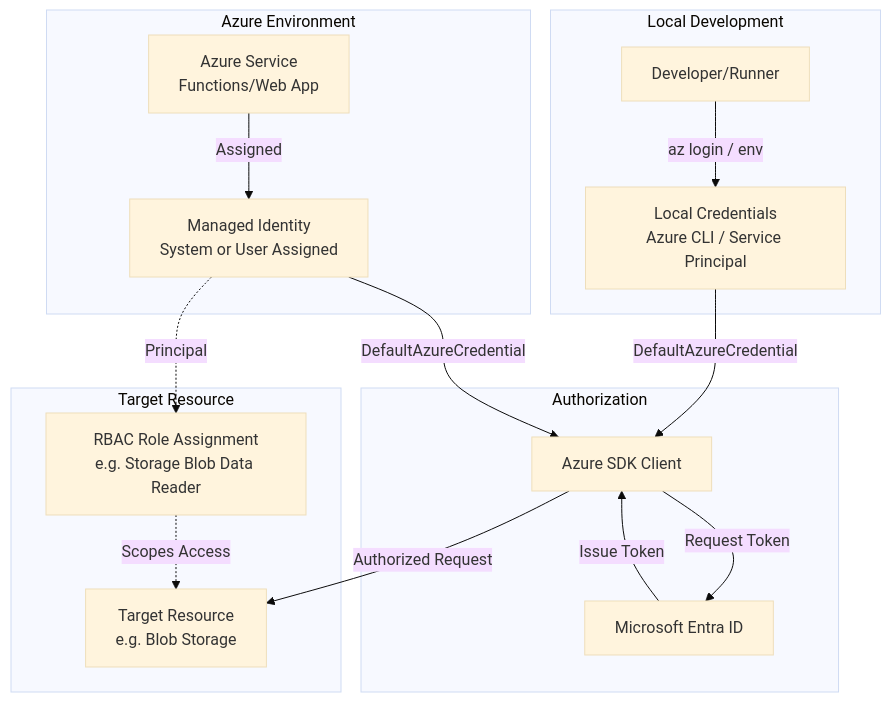
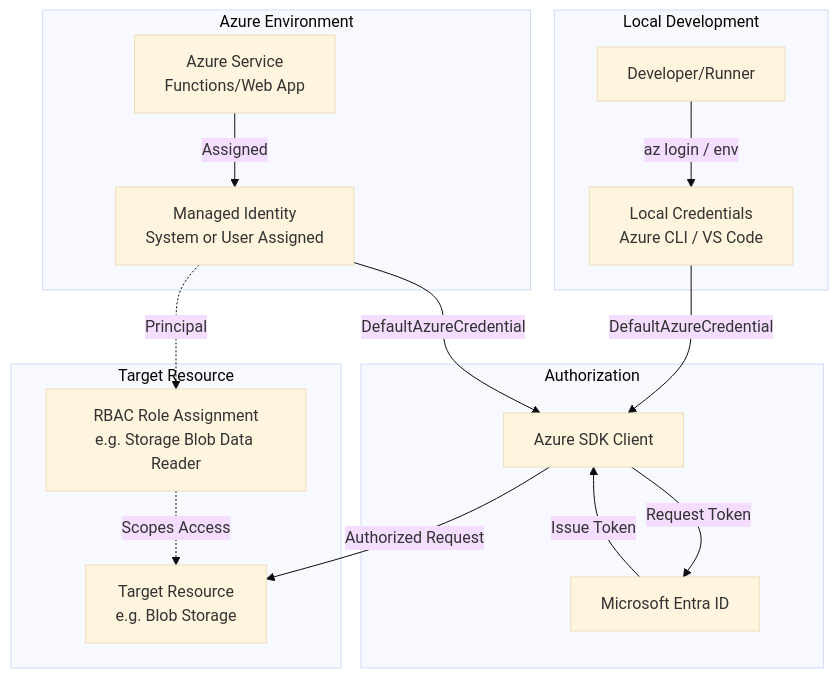
Before and after one commit to wildersa/azure_ref_kit: the diagram in building-blocks/security/managed-identity-rbac/README.md, drawn with Mermaid (base theme). The commit also changed other lines of this file and 6 other files, not shown here.

````diff
--- a/building-blocks/security/managed-identity-rbac/README.md
+++ b/building-blocks/security/managed-identity-rbac/README.md
@@ -117,23 +159,23 @@
 ```mermaid
 flowchart TD
     subgraph "Local Development"
-        Dev[Developer/Runner] -->|az login / env| LocalCreds[Local Credentials\nAzure CLI / Service Principal]
+        Dev[Developer/Runner] -->|az login / env| LocalCreds[Local Credentials\nAzure CLI / VS Code]
     end
 
     subgraph "Azure Environment"
         Service[Azure Service\nFunctions/Web App] -->|Assigned| MI[Managed Identity\nSystem or User Assigned]
     end
 
     subgraph "Authorization"
         LocalCreds -->|DefaultAzureCredential| SDK[Azure SDK Client]
         MI -->|DefaultAzureCredential| SDK
         SDK -->|Request Token| Entra[Microsoft Entra ID]
         Entra -->|Issue Token| SDK
     end
 
     subgraph "Target Resource"
         SDK -->|Authorized Request| Resource[Target Resource\ne.g. Blob Storage]
         Role[RBAC Role Assignment\ne.g. Storage Blob Data Reader] -.->|Scopes Access| Resource
         MI -.->|Principal| Role
     end
 ```
````
